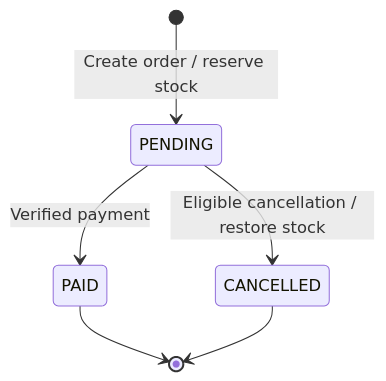
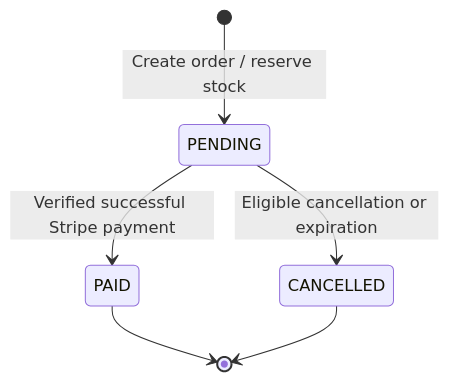
Before and after one commit to stakich/django-order-management-api: the third of 4 diagrams in README.md, drawn with Mermaid. The commit also changed other lines of this file, not shown here.

````diff
--- a/README.md
+++ b/README.md
@@ -53,8 +154,8 @@
 ```mermaid
 stateDiagram-v2
     [*] --> PENDING: Create order / reserve stock
-    PENDING --> PAID: Verified payment
-    PENDING --> CANCELLED: Eligible cancellation / restore stock
+    PENDING --> PAID: Verified successful Stripe payment
+    PENDING --> CANCELLED: Eligible cancellation or expiration
     PAID --> [*]
     CANCELLED --> [*]
 ```
````
